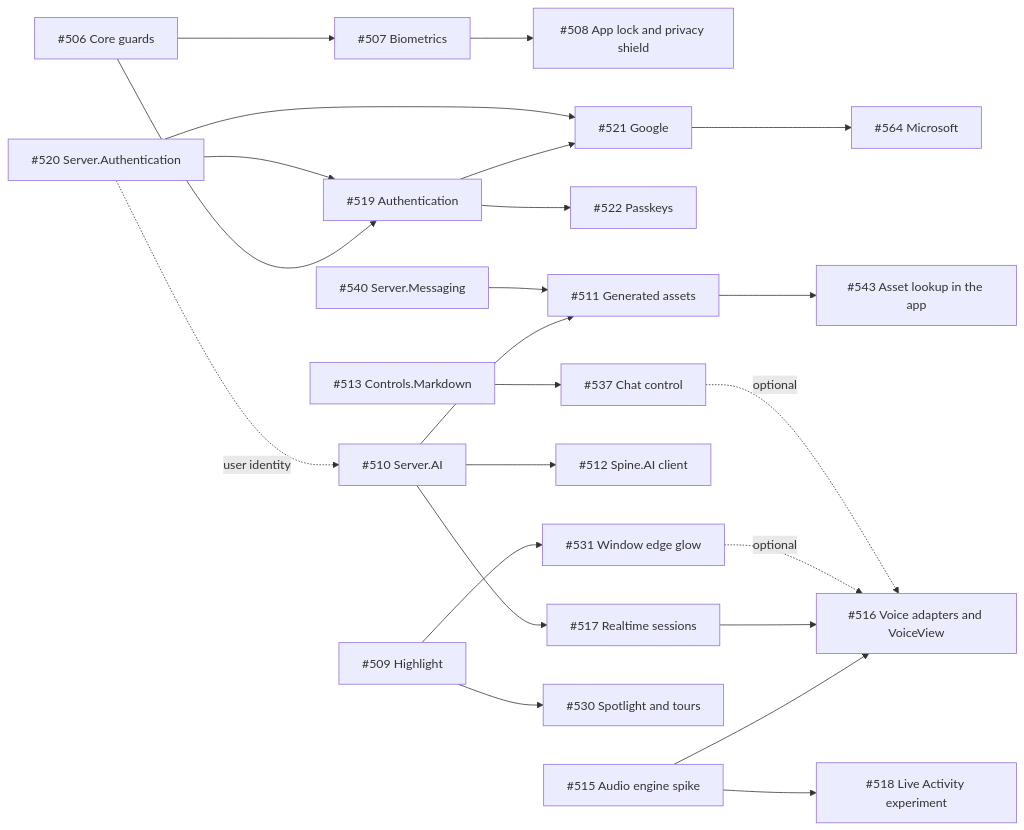
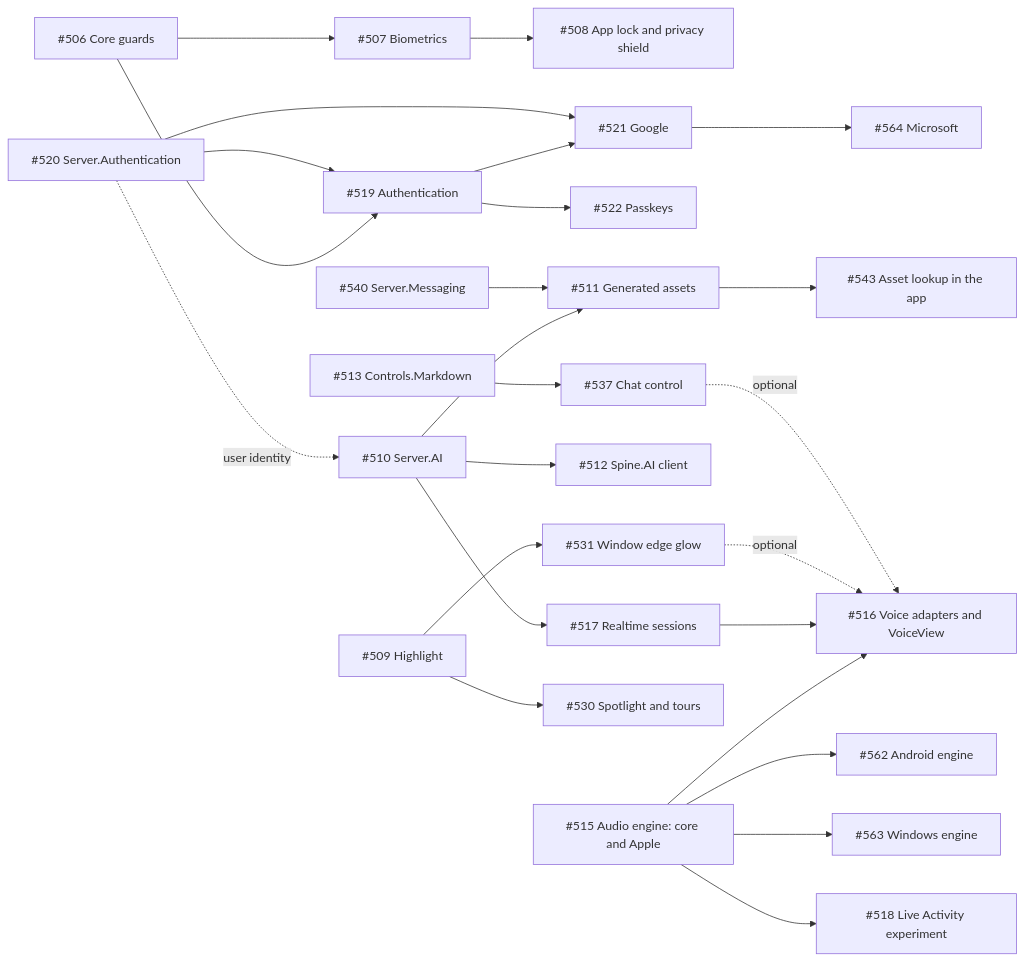
Before and after one commit to jonatansoderberg/Maui.Spine: the diagram in docs/plans/ai-and-security.md, drawn with Mermaid. The commit also changed other lines of this file and 7 other files, not shown here.

````diff
--- a/docs/plans/ai-and-security.md
+++ b/docs/plans/ai-and-security.md
@@ -65,25 +65,27 @@
 ```mermaid
 graph LR
   G[#506 Core guards] --> BIO[#507 Biometrics]
   BIO --> LOCK[#508 App lock and privacy shield]
   G --> AUTH[#519 Authentication]
   SA[#520 Server.Authentication] --> AUTH
   AUTH --> GM[#521 Google]
   GM --> MS[#564 Microsoft]
   SA --> GM
   AUTH --> PK[#522 Passkeys]
   MD[#513 Controls.Markdown] --> CHAT
   AI[#510 Server.AI] --> ASSET[#511 Generated assets]
   MSG[#540 Server.Messaging] --> ASSET
   ASSET --> ASSETC[#543 Asset lookup in the app]
   AI --> CL[#512 Spine.AI client]
   AI --> RT[#517 Realtime sessions]
-  VE[#515 Audio engine spike] --> VO[#516 Voice adapters and VoiceView]
+  VE[#515 Audio engine: core and Apple] --> VO[#516 Voice adapters and VoiceView]
+  VE --> VEA[#562 Android engine]
+  VE --> VEW[#563 Windows engine]
   RT --> VO
   VE --> LA[#518 Live Activity experiment]
   HL[#509 Highlight] --> SPOT[#530 Spotlight and tours]
   HL --> EDGE[#531 Window edge glow]
   EDGE -.optional.-> VO
   CHAT[#537 Chat control] -.optional.-> VO
   SA -.user identity.-> AI
 ```
````
